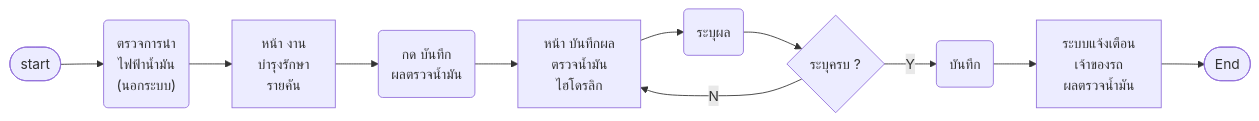
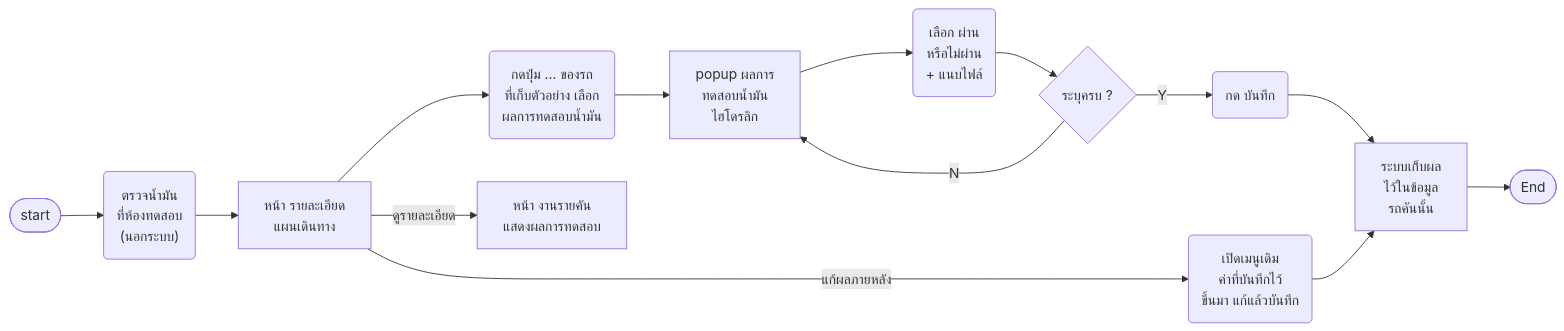
The tenth of 21 diagrams in Diagram/01-บำรุงรักษาตามวาระ/14-บำรุงรักษา-userflow.md (anugmail/Maintenance-Request-Form), drawn with Mermaid before and after one commit. The commit also changed other lines of this file and 24 other files, not shown here.

First line of the commit message:
บำรุงรักษา: S10 กบค. / S23 ผู้รับจ้าง (แยก view · ส่งตรวจงาน · เพิ่ม แก้ไข ลบ อะไหล่และภาพ) · S11 ตรวจรับรายคันแบบการ์ด S2 · use case 76 ข้อ + ตาม scenario · export ทั้งชุดลงหน้า Maintainance

````diff
--- a/Diagram/01-บำรุงรักษาตามวาระ/14-บำรุงรักษา-userflow.md
+++ b/Diagram/01-บำรุงรักษาตามวาระ/14-บำรุงรักษา-userflow.md
@@ -439,14 +532,17 @@
 ```mermaid
 flowchart LR
-    S([start]) --> A0("ตรวจการนำ<br/>ไฟฟ้าน้ำมัน<br/>(นอกระบบ)")
-    A0 --> D1["หน้า งาน<br/>บำรุงรักษา<br/>รายคัน"]
-    D1 --> A1("กด บันทึก<br/>ผลตรวจน้ำมัน")
-    A1 --> D2["หน้า บันทึกผล<br/>ตรวจน้ำมัน<br/>ไฮโดรลิก"]
-    D2 --> A2("ระบุผล")
+    S([start]) --> A0("ตรวจน้ำมัน<br/>ที่ห้องทดสอบ<br/>(นอกระบบ)")
+    A0 --> D1["หน้า รายละเอียด<br/>แผนเดินทาง"]
+    D1 --> A1("กดปุ่ม … ของรถ<br/>ที่เก็บตัวอย่าง เลือก<br/>ผลการทดสอบน้ำมัน")
+    A1 --> D2["popup ผลการ<br/>ทดสอบน้ำมัน<br/>ไฮโดรลิก"]
+    D2 --> A2("เลือก ผ่าน<br/>หรือไม่ผ่าน<br/>+ แนบไฟล์")
     A2 --> Q1{"ระบุครบ ?"}
     Q1 -->|N| D2
-    Q1 -->|Y| A3("บันทึก")
-    A3 --> D3["ระบบแจ้งเตือน<br/>เจ้าของรถ<br/>ผลตรวจน้ำมัน"]
+    Q1 -->|Y| A3("กด บันทึก")
+    A3 --> D3["ระบบเก็บผล<br/>ไว้ในข้อมูล<br/>รถคันนั้น"]
     D3 --> E([End])
-    %% Q: D2 | Q21 ❓ ผลตรวจเป็นค่าตัวเลข (เกณฑ์ผ่าน/ไม่ผ่านเท่าไหร่) หรือเลือก ผ่าน/ไม่ผ่าน · แนบใบผลแล็บไหม
+    D1 -->|แก้ผลภายหลัง| A4("เปิดเมนูเดิม<br/>ค่าที่บันทึกไว้<br/>ขึ้นมา แก้แล้วบันทึก")
+    A4 --> D3
+    D1 -->|ดูรายละเอียด| D4["หน้า งานรายคัน<br/>แสดงผลการทดสอบ"]
+    %% Q: D3 | Q21 ❓ ผลไม่ผ่านมีผลต่อแผนรอบถัดไปไหม (เช่น ให้เปลี่ยนน้ำมันรอบหน้า) · จะเริ่มแจ้งเจ้าของรถเมื่อไหร่
 ```
````
